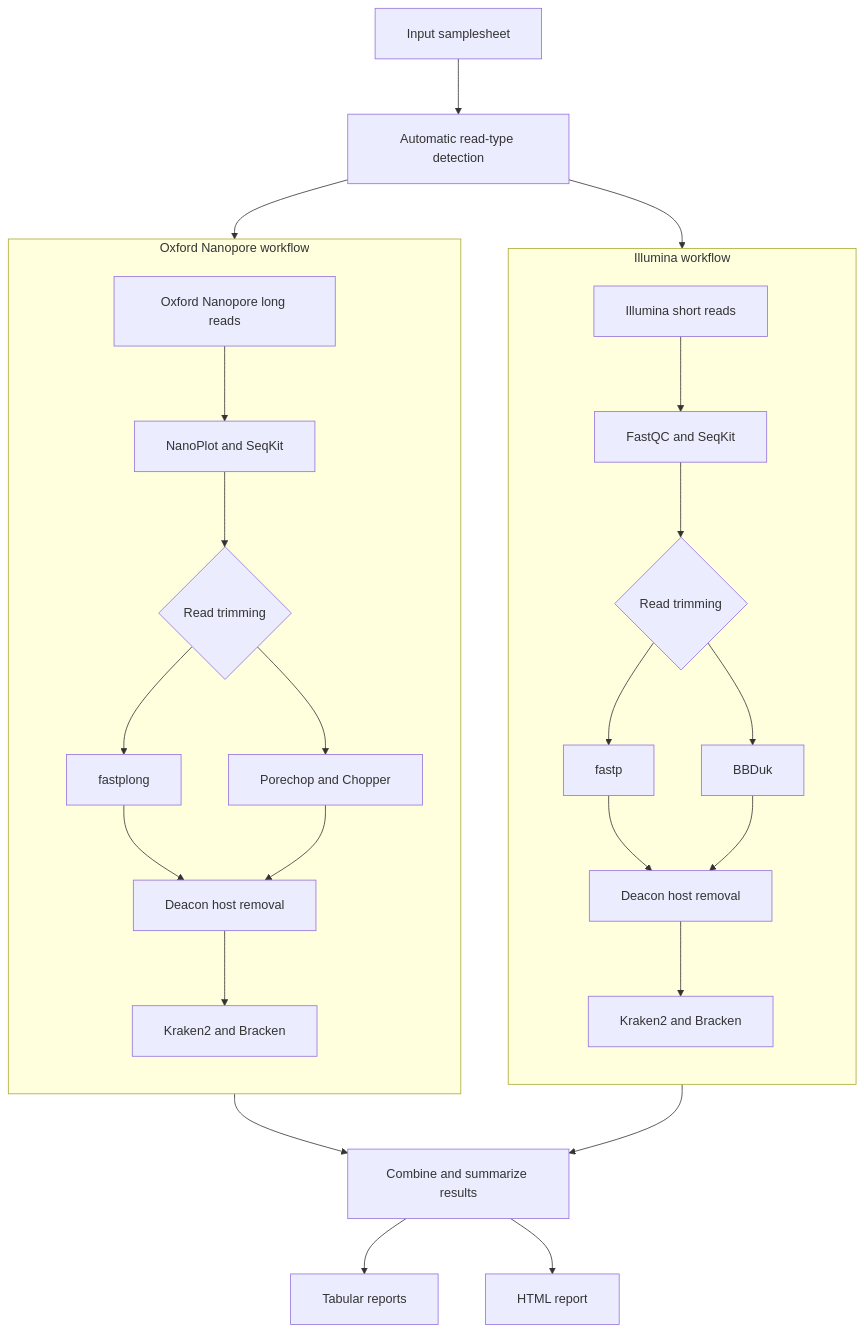
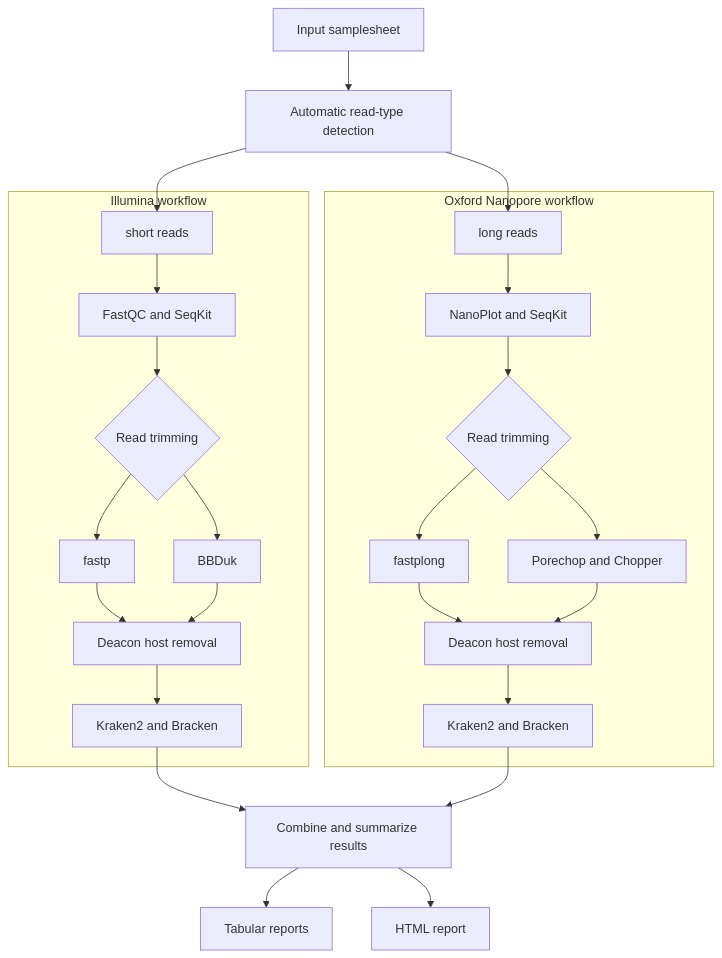
One commit to xiaoli-dong/nf-qcflow changed the diagram in README.md. Above: the diagram before and after it, drawn with Mermaid.

Commit message:
Update workflow diagram for clarity and formatting

````diff
--- a/README.md
+++ b/README.md
@@ -15,47 +15,33 @@
 ```mermaid
-%%{init: {
-  "flowchart": {
-    "htmlLabels": true,
-    "nodeSpacing": 60,
-    "rankSpacing": 70,
-    "padding": 20,
-    "useMaxWidth": true
-  },
-  "themeVariables": {
-    "fontSize": "16px"
-  }
-}}%%
-flowchart TB
+flowchart TD
     A["Input samplesheet"] --> B["Automatic read-type detection"]
 
-    B --> C["Illumina short reads"]
-    B --> D["Oxford Nanopore long reads"]
+    B --> C["short reads"]
+    B --> D["long reads"]
 
     subgraph SHORT["Illumina workflow"]
-        direction TB
         C --> E["FastQC and SeqKit"]
         E --> F{"Read trimming"}
         F --> G["fastp"]
         F --> H["BBDuk"]
         G --> I["Deacon host removal"]
         H --> I
         I --> J["Kraken2 and Bracken"]
     end
 
     subgraph LONG["Oxford Nanopore workflow"]
-        direction TB
         D --> K["NanoPlot and SeqKit"]
         K --> L{"Read trimming"}
         L --> M["fastplong"]
         L --> N["Porechop and Chopper"]
         M --> O["Deacon host removal"]
         N --> O
         O --> P["Kraken2 and Bracken"]
     end
 
     J --> Q["Combine and summarize results"]
     P --> Q
 
     Q --> R["Tabular reports"]
     Q --> S["HTML report"]
 ```
````
